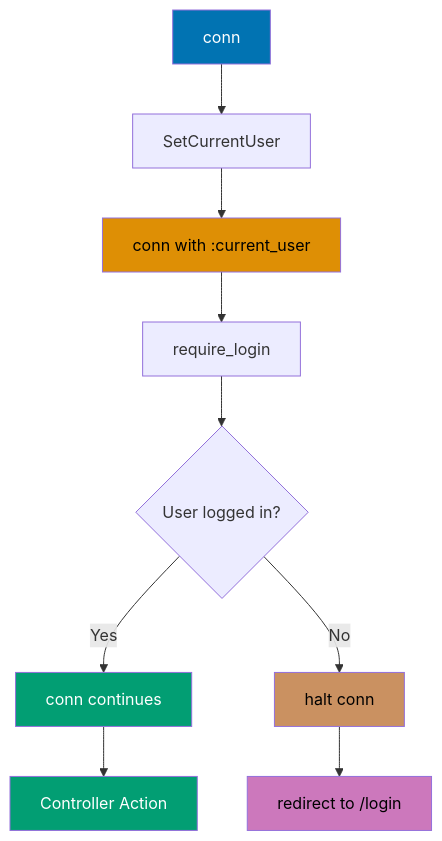
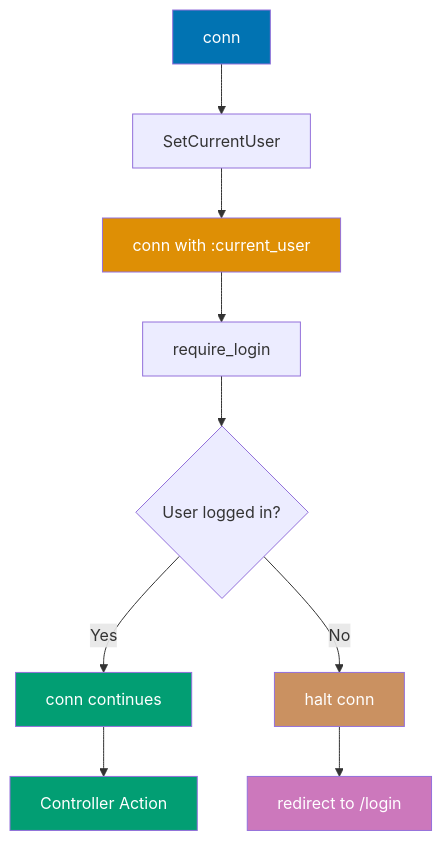
One commit to wahidyankf/open-sharia-enterprise changed the third of 6 diagrams in apps/ayokoding-web/content/en/learn/software-engineering/platform-web/tools/elixir-phoenix/by-example/beginner.md. Above: the diagram before and after it, drawn with Mermaid. The commit also changed other lines of this file and 61 other files, not shown here.

First line of the commit message:
fix(ayokoding-web): quote Mermaid node labels with special characters in Example 63

````diff
--- a/apps/ayokoding-web/content/en/learn/software-engineering/platform-web/tools/elixir-phoenix/by-example/beginner.md
+++ b/apps/ayokoding-web/content/en/learn/software-engineering/platform-web/tools/elixir-phoenix/by-example/beginner.md
@@ -271,19 +271,19 @@
 ```mermaid
 %% Plug transformation chain
 graph TD
     A[conn] --> B[SetCurrentUser]
     B --> C[conn with :current_user]
     C --> D[require_login]
     D --> E{User logged in?}
     E -->|Yes| F[conn continues]
     E -->|No| G[halt conn]
     G --> H[redirect to /login]
     F --> I[Controller Action]
 
     style A fill:#0173B2,color:#fff
-    style C fill:#DE8F05,color:#000
+    style C fill:#DE8F05,color:#fff
     style F fill:#029E73,color:#fff
-    style G fill:#CA9161,color:#000
-    style H fill:#CC78BC,color:#000
+    style G fill:#CA9161,color:#fff
+    style H fill:#CC78BC,color:#fff
     style I fill:#029E73,color:#fff
 ```
````
